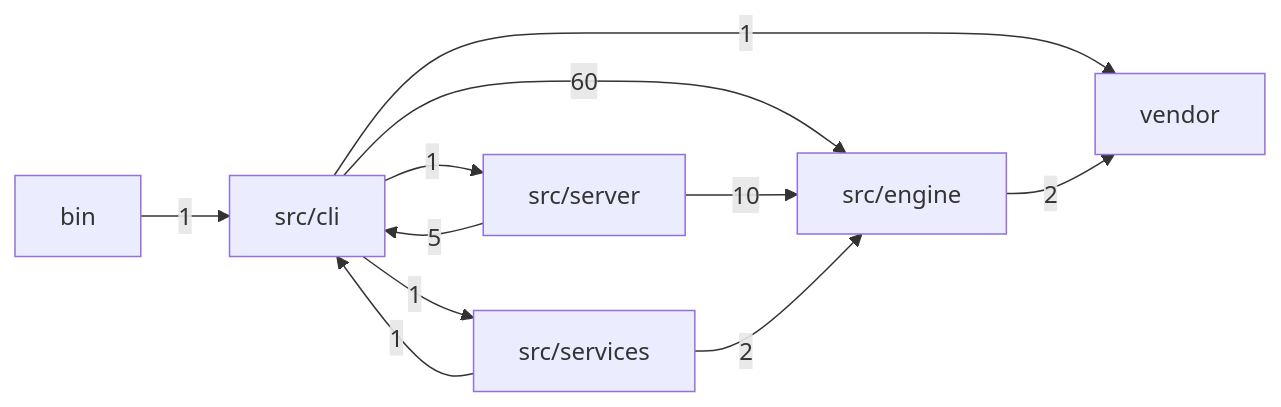
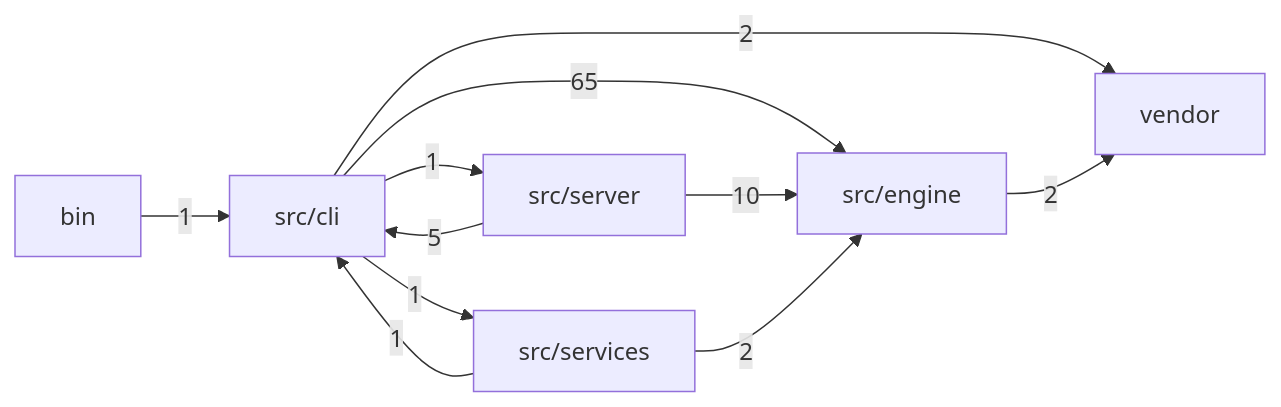
The first of 2 diagrams in docs/MODULES.md (mgillr/memev), drawn with Mermaid before and after one commit. The commit also changed other lines of this file, not shown here.

````diff
--- a/docs/MODULES.md
+++ b/docs/MODULES.md
@@ -11,19 +11,19 @@
 ```mermaid
 flowchart LR
   bin["bin"]
   cli["src/cli"]
   engine["src/engine"]
   server["src/server"]
   services["src/services"]
   vendor["vendor"]
   bin -->|"1"| cli
-  cli -->|"60"| engine
+  cli -->|"65"| engine
   cli -->|"1"| server
   cli -->|"1"| services
-  cli -->|"1"| vendor
+  cli -->|"2"| vendor
   engine -->|"2"| vendor
   server -->|"5"| cli
   server -->|"10"| engine
   services -->|"1"| cli
   services -->|"2"| engine
 ```
````
